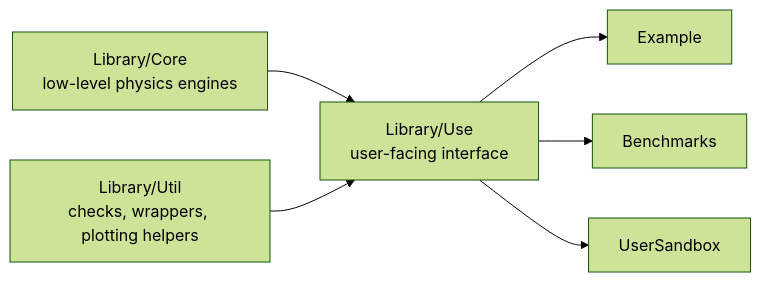
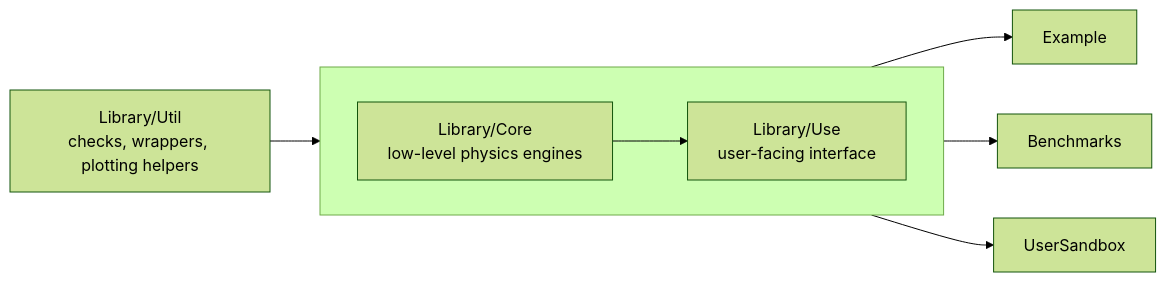
One commit to AMOLFResonantNanophotonics/PyRAMIDS changed the diagram in README.md. Above: the diagram before and after it, drawn with Mermaid (forest theme).

````diff
--- a/README.md
+++ b/README.md
@@ -128,13 +128,16 @@
 ```mermaid
 flowchart LR
-    C["Library/Core<br/>low-level physics engines"] --> U["Library/Use<br/>user-facing interface"]
+    subgraph Main[" "]
+        direction LR
+        C["Library/Core<br/>low-level physics engines"] --> U["Library/Use<br/>user-facing interface"]
+    end
     T["Library/Util<br/>checks, wrappers, plotting helpers"]
     E["Example"]
     B["Benchmarks"]
     S["UserSandbox"]
 
     T --> U
     U --> E
     U --> B
     U --> S
 ```
````
